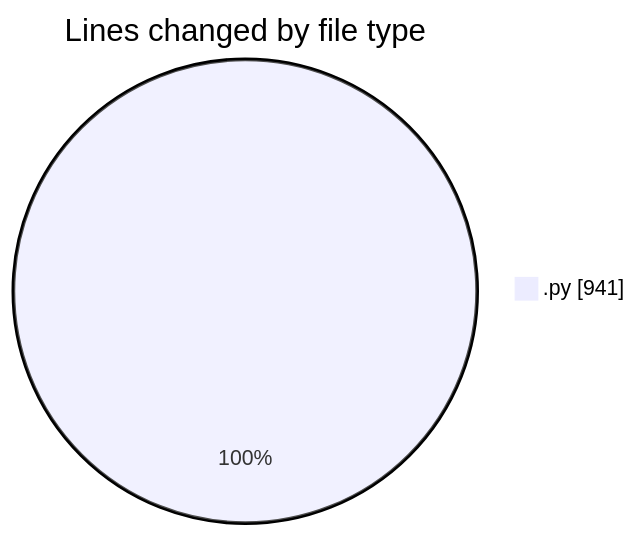
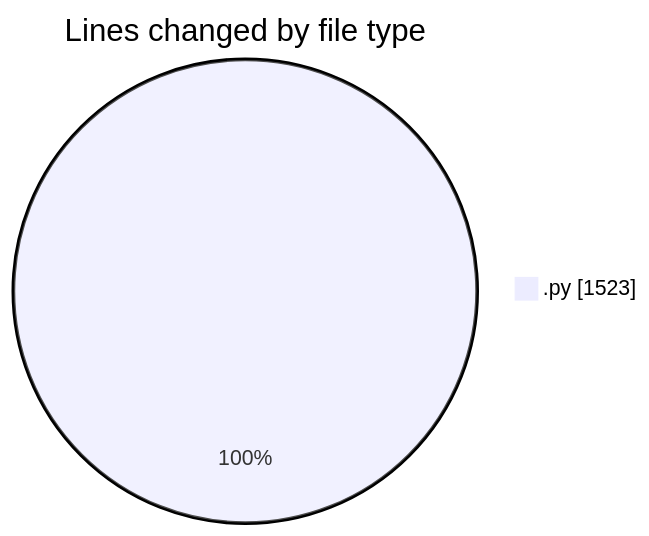
One commit to jrari/code-tracking changed the first of 2 diagrams in 2025-07-14/telebot/README.md. Above: the diagram before and after it, drawn with Mermaid. The commit also changed other lines of this file and 1 other file, not shown here.

````diff
--- a/2025-07-14/telebot/README.md
+++ b/2025-07-14/telebot/README.md
@@ -21,5 +22,5 @@
 ```mermaid
 pie showData
 title Lines changed by file type
-".py" : 941
+".py" : 1523
 ```
````
